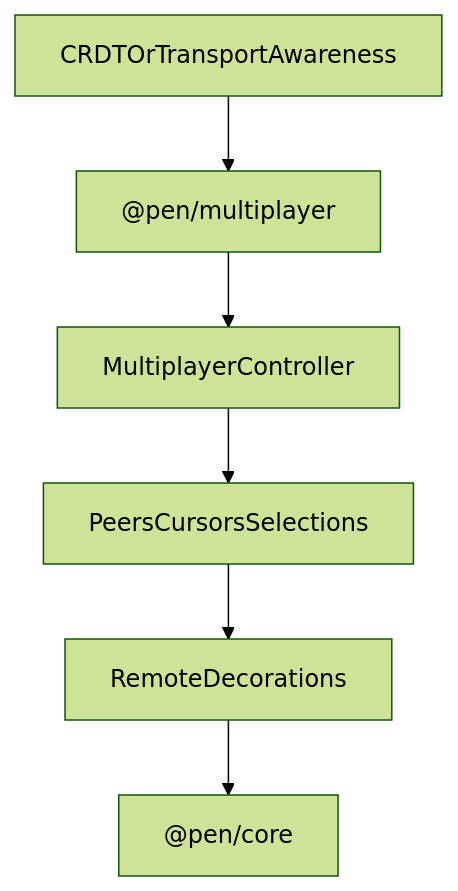
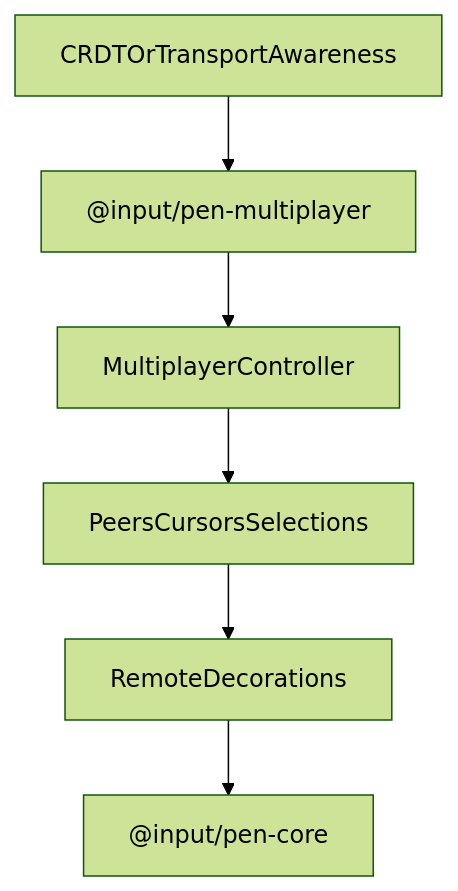
The diagram in spec/packages/extensions/multiplayer.md (JayaKrishnaNamburu/pen), drawn with Mermaid (forest theme) before and after one commit. The commit also changed other lines of this file and 989 other files, not shown here.

First line of the commit message:
Update package names and configurations to reflect rebranding from '@pen' to '@input'

````diff
--- a/spec/packages/extensions/multiplayer.md
+++ b/spec/packages/extensions/multiplayer.md
@@ -31,15 +31,15 @@
 ```mermaid
 flowchart TD
   Transport[CRDTOrTransportAwareness]
-  Multiplayer["@pen/multiplayer"]
+  Multiplayer["@input/pen-multiplayer"]
   Controller[MultiplayerController]
   Presence[PeersCursorsSelections]
   Decorations[RemoteDecorations]
-  Core["@pen/core"]
+  Core["@input/pen-core"]
 
   Transport --> Multiplayer
   Multiplayer --> Controller
   Controller --> Presence
   Presence --> Decorations
   Decorations --> Core
 ```
````
